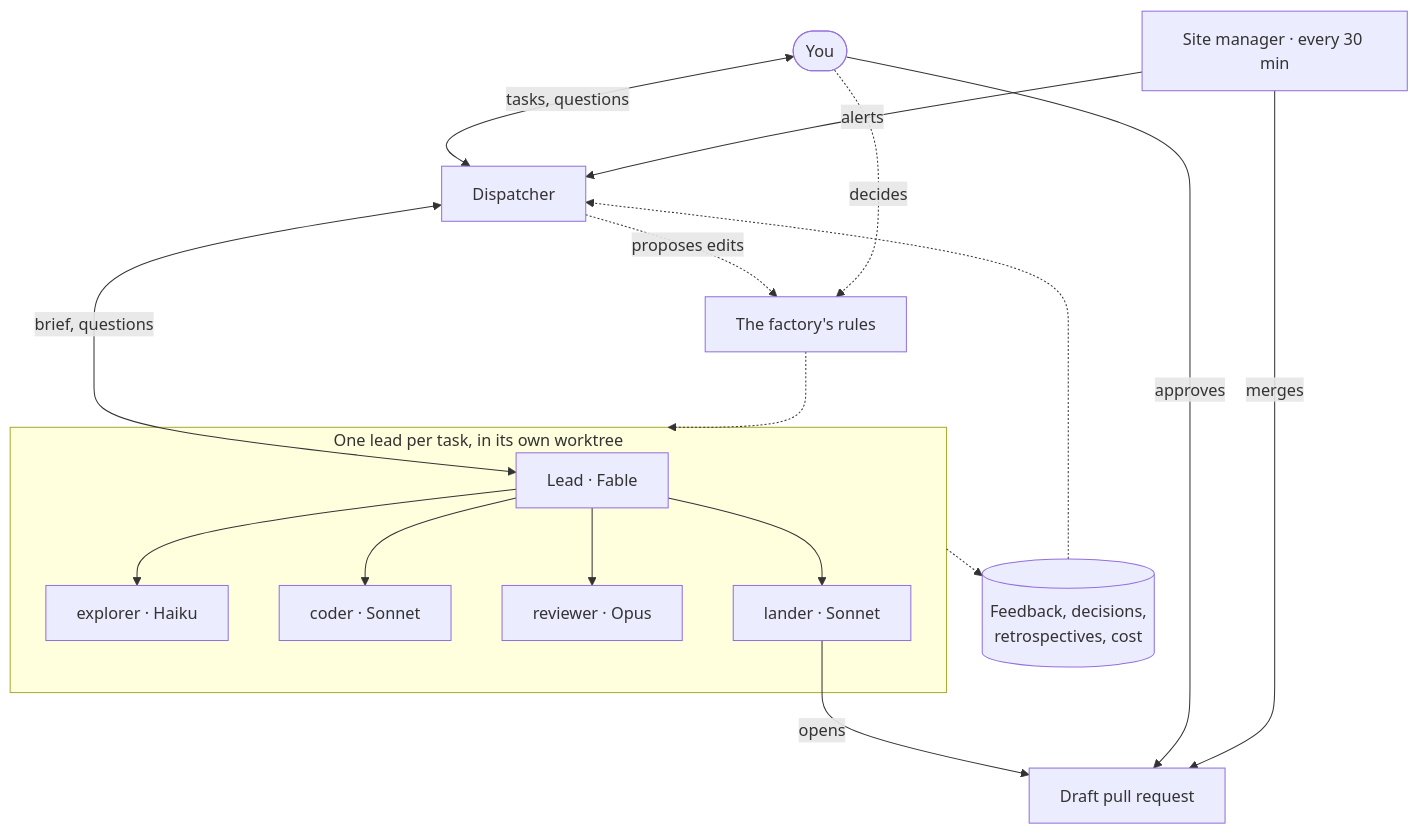
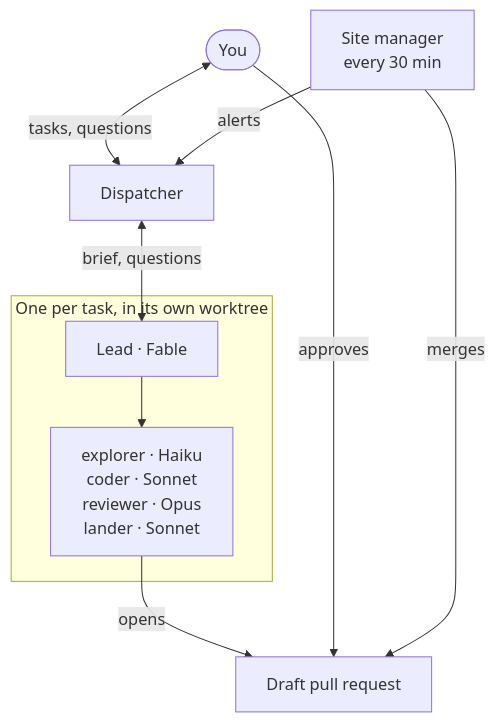
The first of 2 diagrams in README.md (andreiciobotar/isshoni), drawn with Mermaid before and after one commit. The commit also changed other lines of this file, not shown here.

Commit message:
README: two narrow diagrams (a task's path, the kaizen loop) so they stay legible on a phone

````diff
--- a/README.md
+++ b/README.md
@@ -63,28 +63,12 @@
 ```mermaid
 flowchart TD
-    you([You])
-    disp[Dispatcher]
-    subgraph task [One lead per task, in its own worktree]
-        lead[Lead · Fable]
-        lead --> explorer[explorer · Haiku]
-        lead --> coder[coder · Sonnet]
-        lead --> reviewer[reviewer · Opus]
-        lead --> lander[lander · Sonnet]
+    you([You]) <-- tasks, questions --> disp[Dispatcher]
+    disp <-- brief, questions --> lead
+    subgraph task [One per task, in its own worktree]
+        lead[Lead · Fable] --> subs[explorer · Haiku<br>coder · Sonnet<br>reviewer · Opus<br>lander · Sonnet]
     end
-    pr[Draft pull request]
-    sm[Site manager · every 30 min]
-    log[(Feedback, decisions,<br>retrospectives, cost)]
-    rules[The factory's rules]
-
-    you <-- tasks, questions --> disp
-    disp <-- brief, questions --> lead
-    lander -- opens --> pr
+    subs -- opens --> pr[Draft pull request]
     you -- approves --> pr
+    sm[Site manager<br>every 30 min] -- alerts --> disp
     sm -- merges --> pr
-    sm -- alerts --> disp
-    task -.-> log
-    log -.-> disp
-    disp -. proposes edits .-> rules
-    you -. decides .-> rules
-    rules -.-> task
 ```
````
